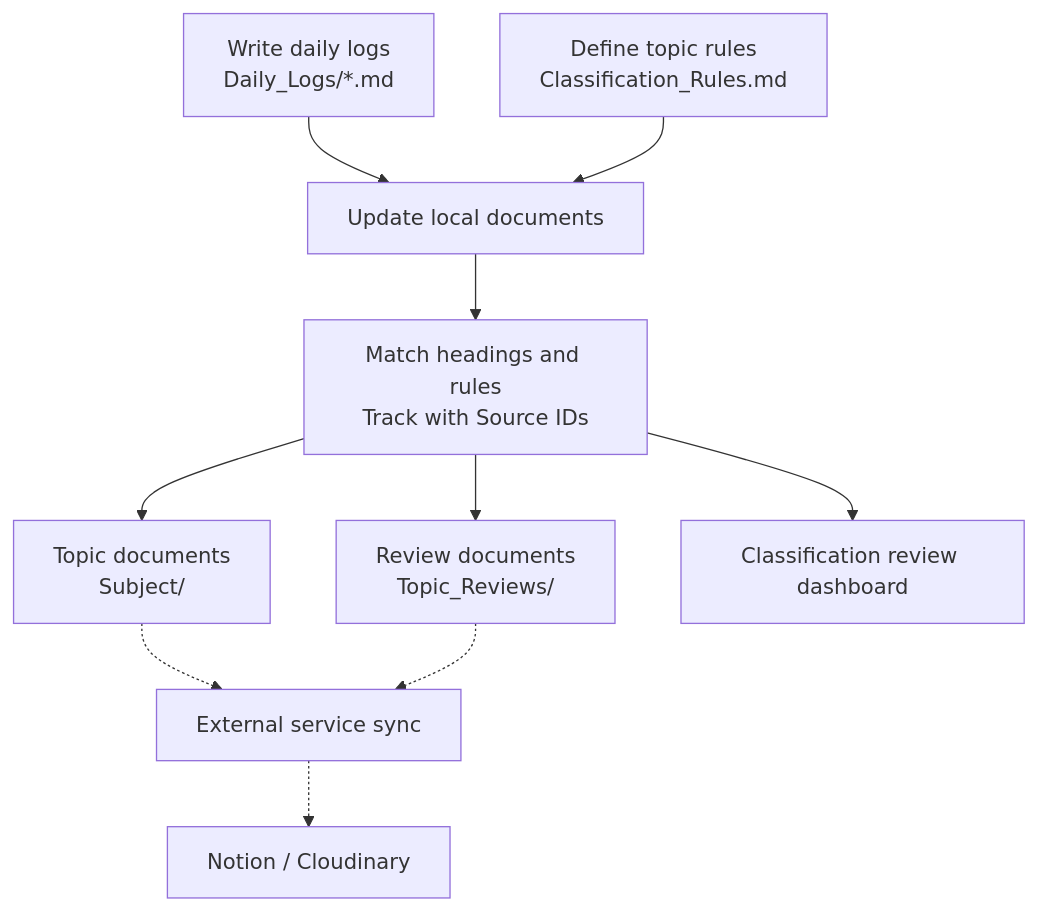
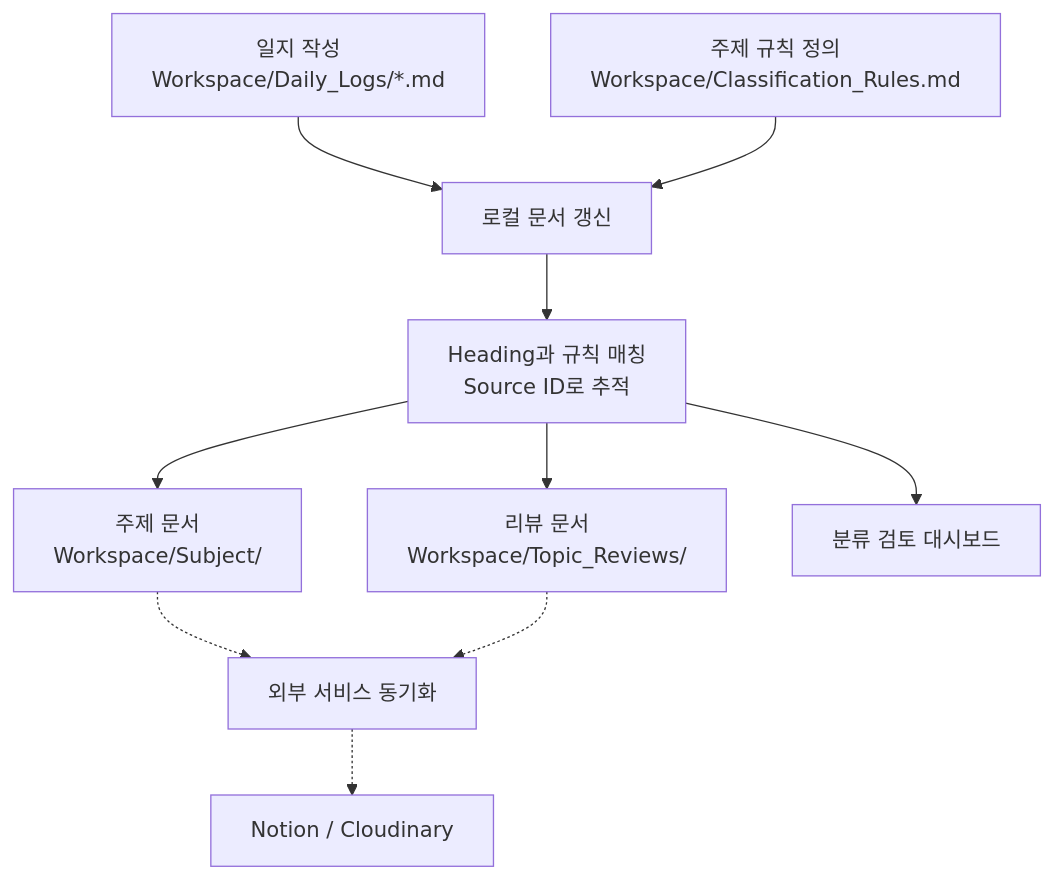
One commit to Rubidius37/Log2Topic changed the diagram in README.md. Above: the diagram before and after it, drawn with Mermaid. The commit also changed other lines of this file and 23 other files, not shown here.

````diff
--- a/README.md
+++ b/README.md
@@ -92,21 +91,21 @@
 ```mermaid
 flowchart TD
-    A["Write daily logs<br/>Daily_Logs/*.md"]
-    B["Define topic rules<br/>Classification_Rules.md"]
-    C["Update local documents"]
-    D["Match headings and rules<br/>Track with Source IDs"]
-    E["Topic documents<br/>Subject/"]
-    F["Review documents<br/>Topic_Reviews/"]
-    G["Classification review dashboard"]
-    N["External service sync"]
+    A["일지 작성<br/>Workspace/Daily_Logs/*.md"]
+    B["주제 규칙 정의<br/>Workspace/Classification_Rules.md"]
+    C["로컬 문서 갱신"]
+    D["Heading과 규칙 매칭<br/>Source ID로 추적"]
+    E["주제 문서<br/>Workspace/Subject/"]
+    F["리뷰 문서<br/>Workspace/Topic_Reviews/"]
+    G["분류 검토 대시보드"]
+    N["외부 서비스 동기화"]
 
     A --> C
     B --> C
     C --> D
     D --> E
     D --> F
     D --> G
     E -.-> N
     F -.-> N
     N -.-> J["Notion / Cloudinary"]
 ```
````
